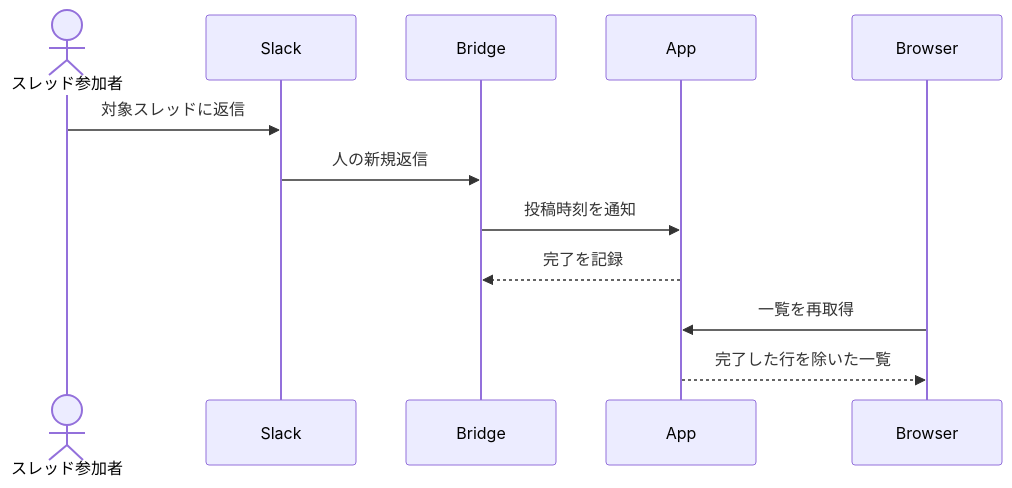
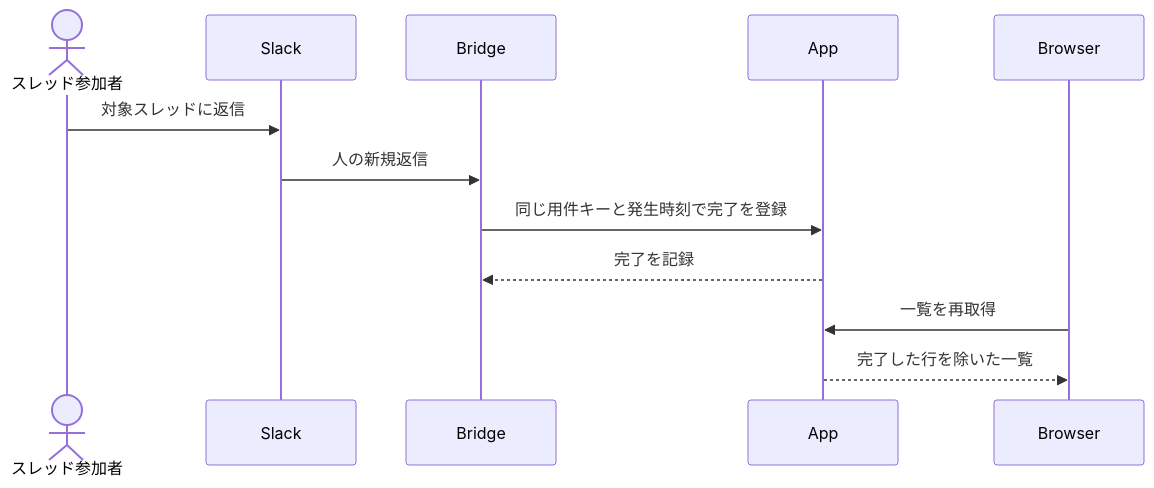
Before and after one commit to nishimura-yuma77/preview: the third of 4 diagrams in reply-watch/docs/spec/features/reply-tracking/USECASE.md, drawn with Mermaid. The commit also changed other lines of this file and 7 other files, not shown here.

````diff
--- a/reply-watch/docs/spec/features/reply-tracking/USECASE.md
+++ b/reply-watch/docs/spec/features/reply-tracking/USECASE.md
@@ -54,10 +54,10 @@
 ```mermaid
 sequenceDiagram
     actor U as スレッド参加者
     U->>Slack: 対象スレッドに返信
     Slack->>Bridge: 人の新規返信
-    Bridge->>App: 投稿時刻を通知
+    Bridge->>App: 同じ用件キーと発生時刻で完了を登録
     App-->>Bridge: 完了を記録
     Browser->>App: 一覧を再取得
     App-->>Browser: 完了した行を除いた一覧
 ```
````
